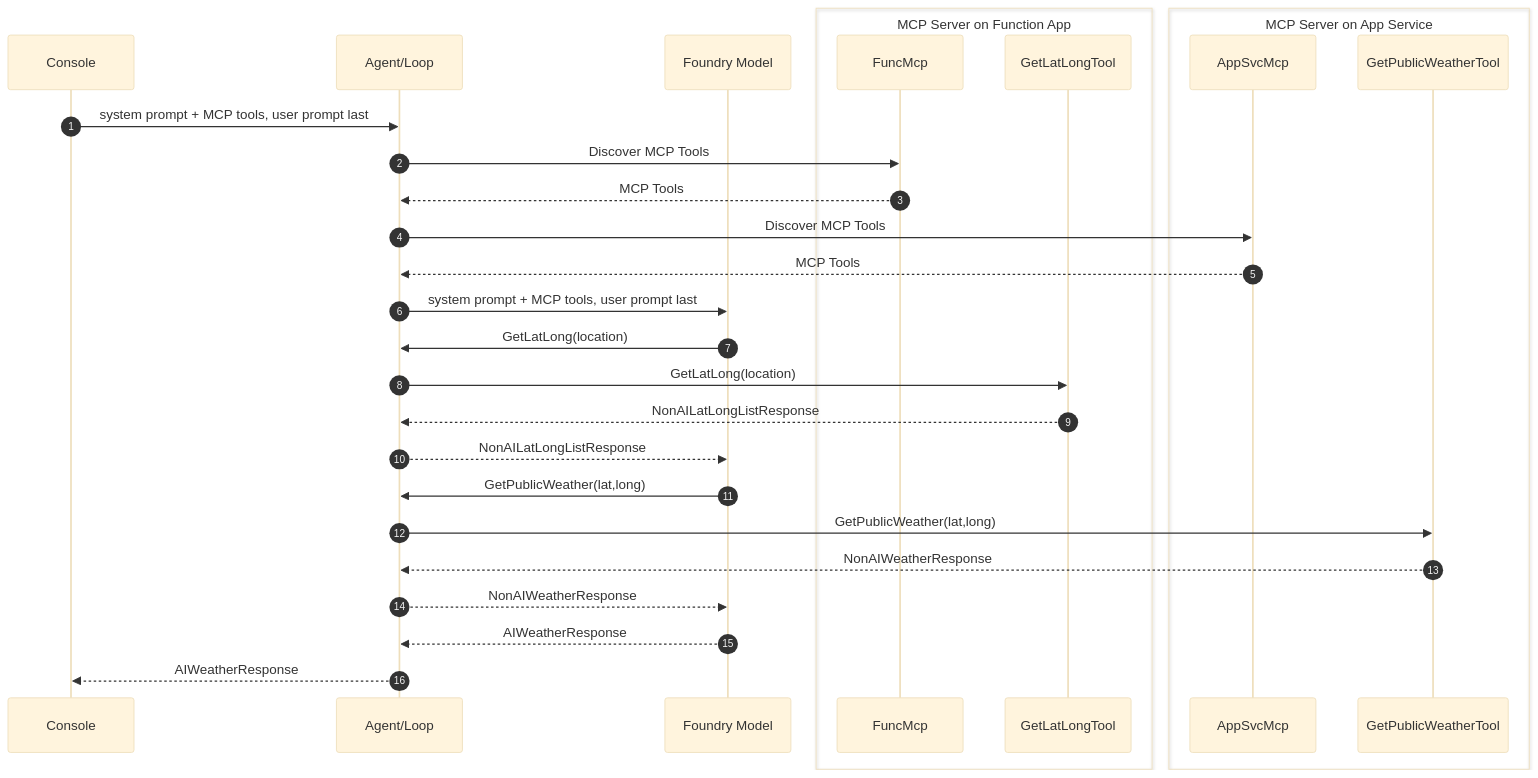
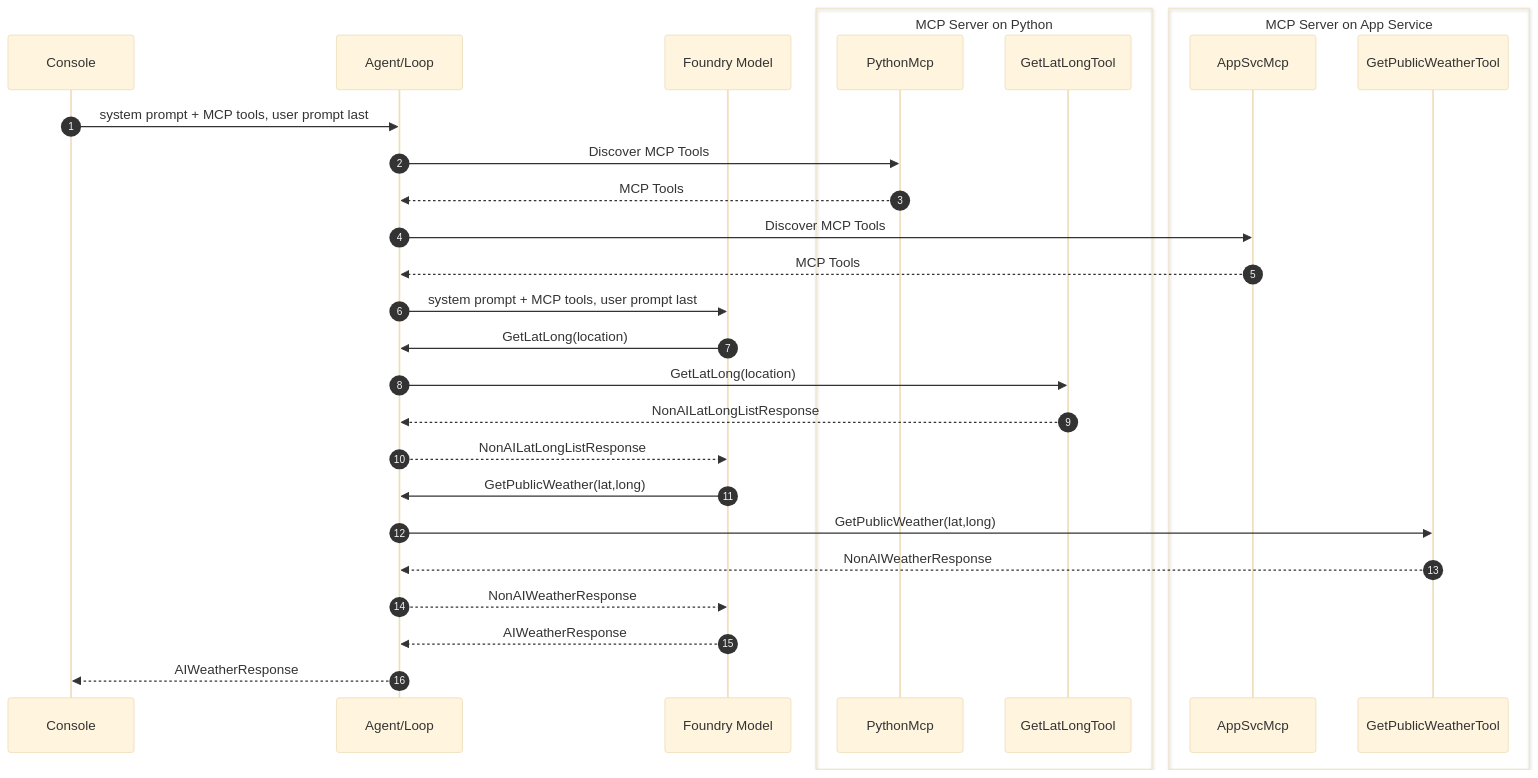
The sixth of 8 diagrams in docs/4-demystifying-foundry-agents-mcp/demystifying-foundry-agents-mcp.md (dustinkorzaan/weather-1116), drawn with Mermaid (base theme) before and after one commit. The commit also changed other lines of this file and 21 other files, not shown here.

First line of the commit message:
Swap geo MCP tools: GetLatLong/GetLocation to mcp-srv-python, GetCities to mcp-srv-func-app

````diff
--- a/docs/4-demystifying-foundry-agents-mcp/demystifying-foundry-agents-mcp.md
+++ b/docs/4-demystifying-foundry-agents-mcp/demystifying-foundry-agents-mcp.md
@@ -174,32 +174,32 @@
   ```mermaid
   sequenceDiagram
       autonumber
       participant Console
       participant AppLoop as Agent/Loop
       participant Model as Foundry Model
-      box MCP Server on Function App
-          participant FuncMcp
+      box MCP Server on Python
+          participant PythonMcp
           participant GetLatLongTool
       end
       box MCP Server on App Service
           participant AppSvcMcp
           participant GetPublicWeatherTool
       end
 
       Console->>AppLoop: system prompt + MCP tools, user prompt last
-      AppLoop->>FuncMcp: Discover MCP Tools
-      FuncMcp-->>AppLoop: MCP Tools
+      AppLoop->>PythonMcp: Discover MCP Tools
+      PythonMcp-->>AppLoop: MCP Tools
       AppLoop->>AppSvcMcp: Discover MCP Tools
       AppSvcMcp-->>AppLoop: MCP Tools
       AppLoop->>Model: system prompt + MCP tools, user prompt last
       Model->>AppLoop: GetLatLong(location)
       AppLoop->>GetLatLongTool: GetLatLong(location)
       GetLatLongTool-->>AppLoop: NonAILatLongListResponse
       AppLoop-->>Model: NonAILatLongListResponse
       Model->>AppLoop: GetPublicWeather(lat,long)
       AppLoop->>GetPublicWeatherTool: GetPublicWeather(lat,long)
       GetPublicWeatherTool-->>AppLoop: NonAIWeatherResponse
       AppLoop-->>Model: NonAIWeatherResponse
       Model-->>AppLoop: AIWeatherResponse
       AppLoop-->>Console: AIWeatherResponse
   ```
````
